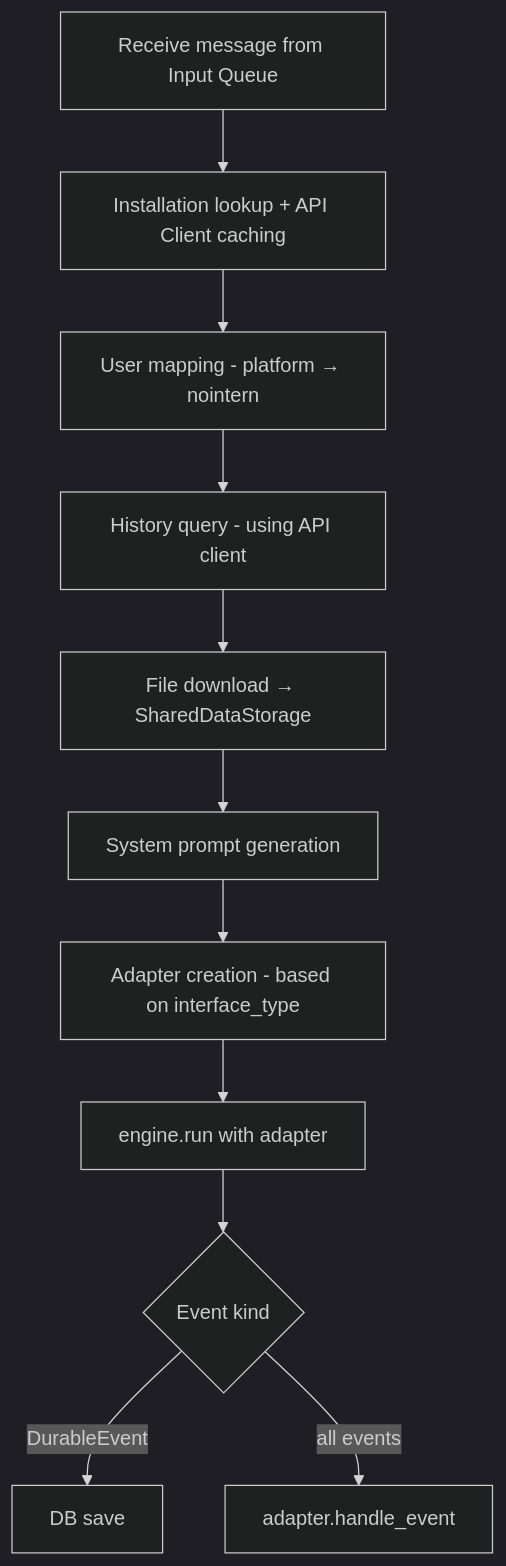
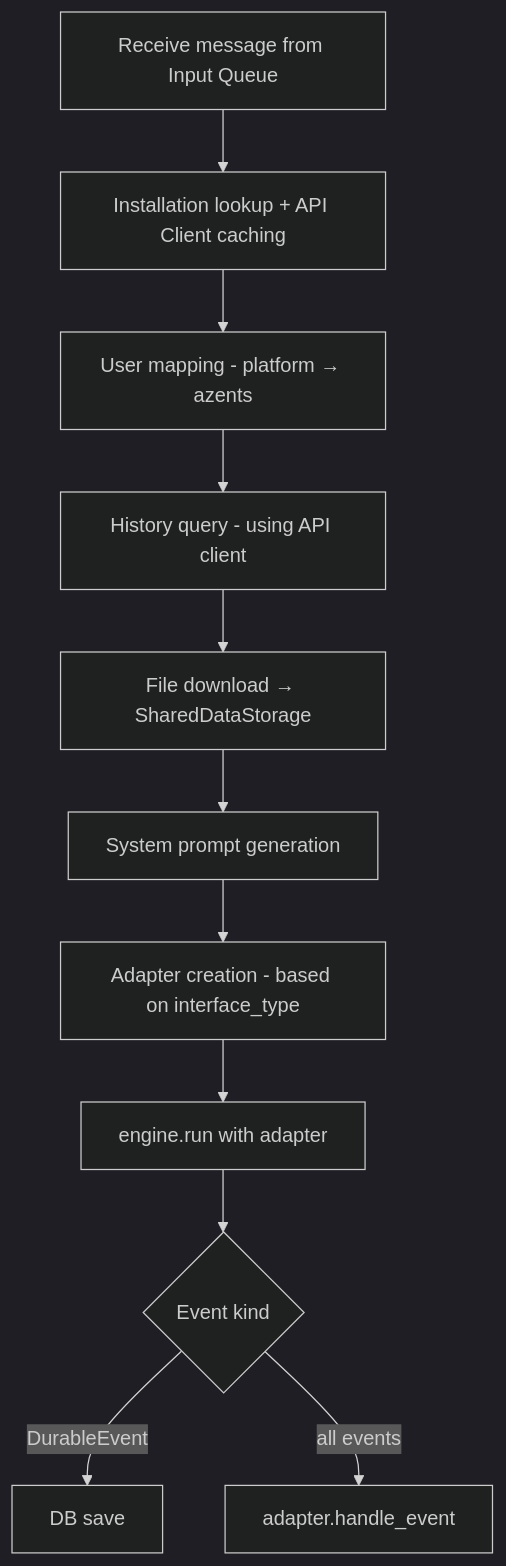
The third of 4 diagrams in docs/azents/design/streaming-260314-streaming-responsibility-migration.md (azents/azents), drawn with Mermaid (dark theme) before and after one commit. The commit also changed other lines of this file and 245 other files, not shown here.

````diff
--- a/docs/azents/design/streaming-260314-streaming-responsibility-migration.md
+++ b/docs/azents/design/streaming-260314-streaming-responsibility-migration.md
@@ -216,13 +216,13 @@
 ```mermaid
 flowchart TD
     A[Receive message from Input Queue] --> B[Installation lookup + API Client caching]
-    B --> C[User mapping - platform → nointern]
+    B --> C[User mapping - platform → azents]
     C --> D[History query - using API client]
     D --> E[File download → SharedDataStorage]
     E --> F[System prompt generation]
     F --> G[Adapter creation - based on interface_type]
     G --> H[engine.run with adapter]
     H --> I{Event kind}
     I -->|DurableEvent| J[DB save]
     I -->|all events| K[adapter.handle_event]
 ```
````
